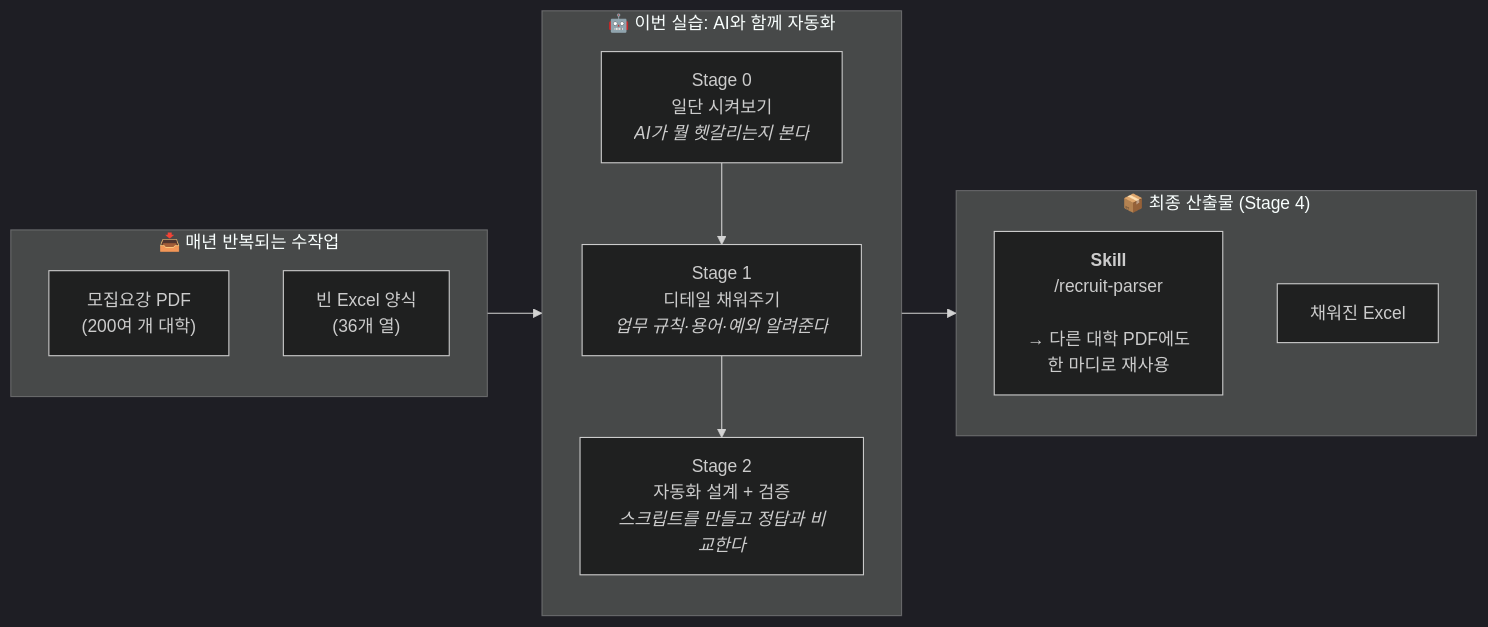
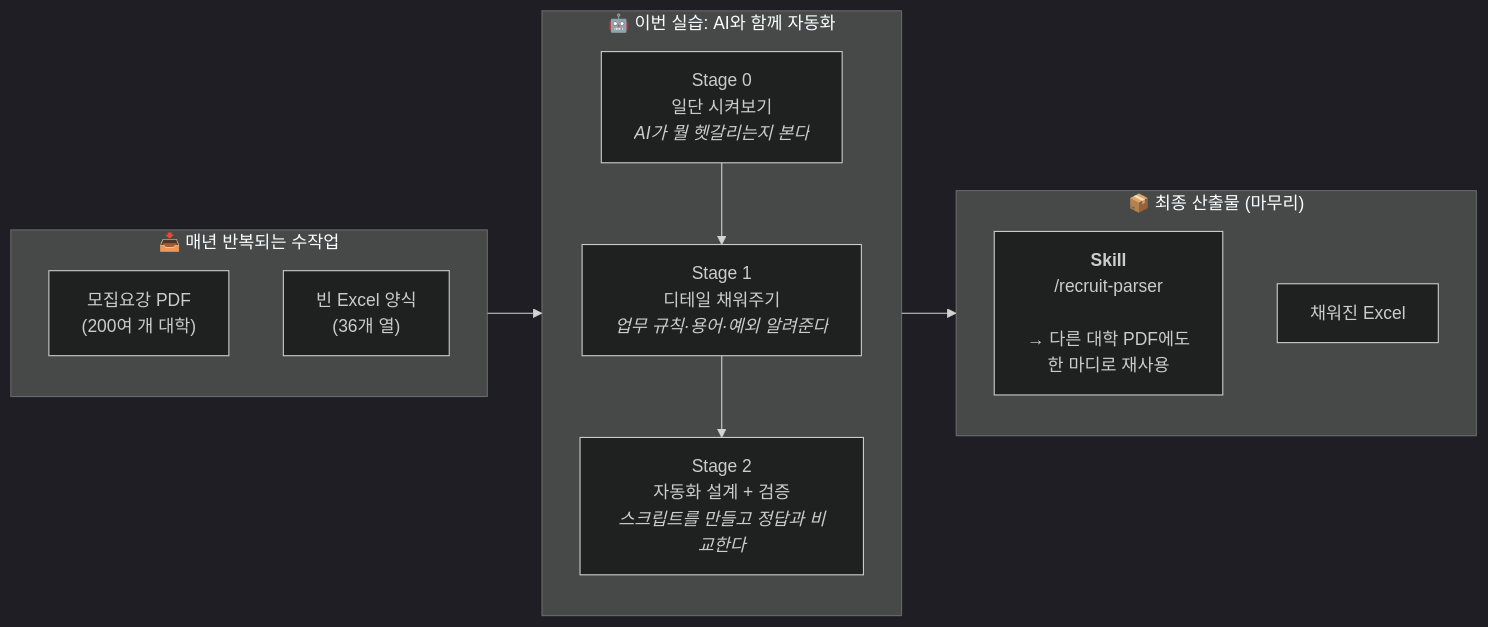
Before and after one commit to ohilikeit/ax-workshop-wiki: the diagram in docs/practice1/index.md, drawn with Mermaid (dark theme). The commit also changed other lines of this file and 19 other files, not shown here.

````diff
--- a/docs/practice1/index.md
+++ b/docs/practice1/index.md
@@ -130,22 +134,22 @@
 ```mermaid
 flowchart LR
     subgraph INPUT["📥 매년 반복되는 수작업"]
         P1["모집요강 PDF<br/>(200여 개 대학)"]
         E1["빈 Excel 양식<br/>(36개 열)"]
     end
 
     subgraph WORK["🤖 이번 실습: AI와 함께 자동화"]
         direction TB
         S0["Stage 0<br/>일단 시켜보기<br/><i>AI가 뭘 헷갈리는지 본다</i>"]
         S1["Stage 1<br/>디테일 채워주기<br/><i>업무 규칙·용어·예외 알려준다</i>"]
         S2["Stage 2<br/>자동화 설계 + 검증<br/><i>스크립트를 만들고 정답과 비교한다</i>"]
         S0 --> S1 --> S2
     end
 
-    subgraph OUT["📦 최종 산출물 (Stage 4)"]
+    subgraph OUT["📦 최종 산출물 (마무리)"]
         SK["<b>Skill</b><br/>/recruit-parser<br/><br/>→ 다른 대학 PDF에도<br/>한 마디로 재사용"]
         EX["채워진 Excel"]
     end
 
     INPUT --> WORK --> OUT
 ```
````
